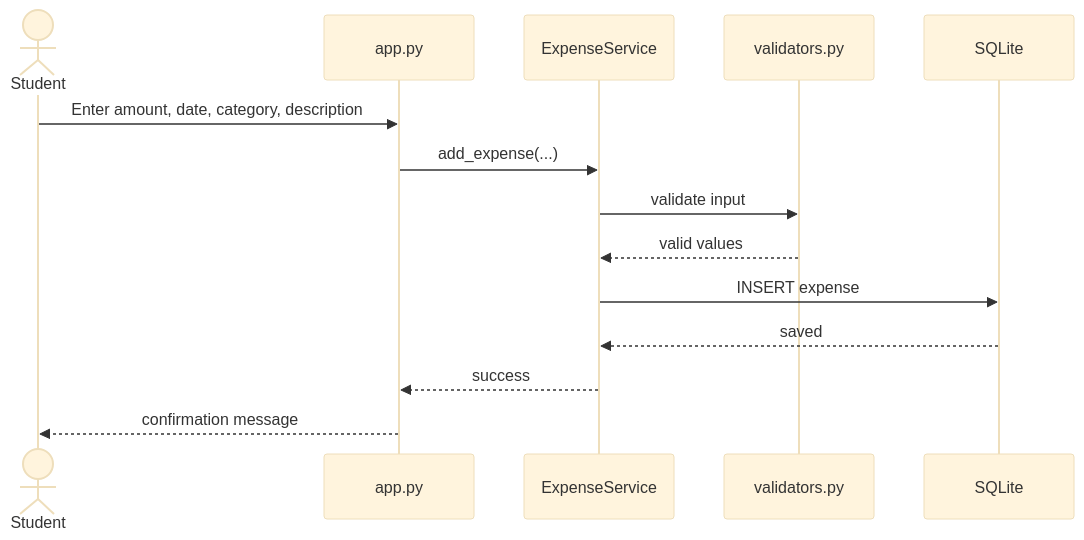
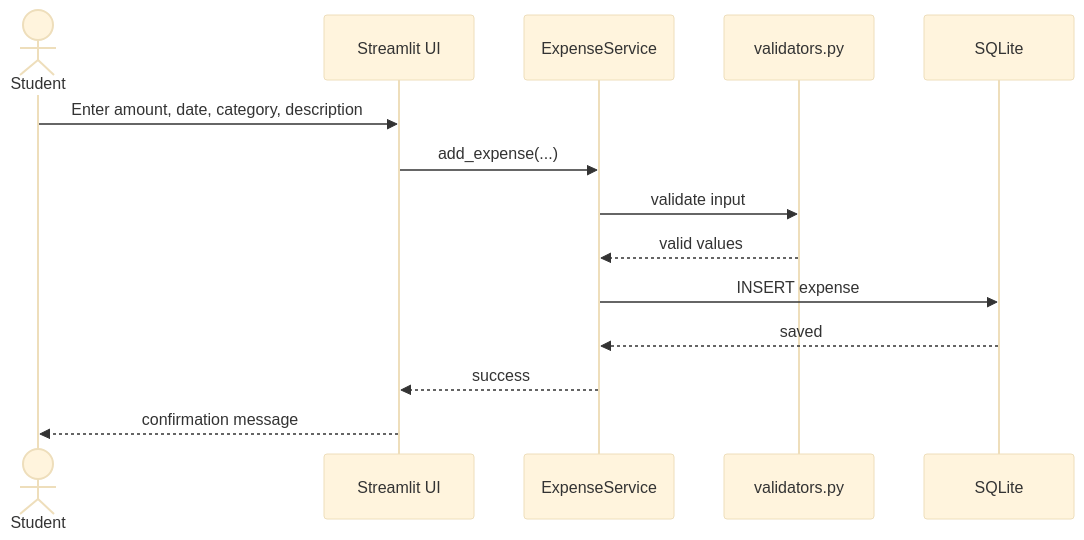
The fourth of 6 diagrams in docs/project_report.md (Harshita232009/Smart-Expense-Tracker), drawn with Mermaid (base theme) before and after one commit. The commit also changed other lines of this file and 4 other files, not shown here.

````diff
--- a/docs/project_report.md
+++ b/docs/project_report.md
@@ -93,16 +92,16 @@
 ```mermaid
 sequenceDiagram
     actor Student
-    participant App as app.py
+    participant App as Streamlit UI
     participant Service as ExpenseService
     participant Validator as validators.py
     participant DB as SQLite
     Student->>App: Enter amount, date, category, description
     App->>Service: add_expense(...)
     Service->>Validator: validate input
     Validator-->>Service: valid values
     Service->>DB: INSERT expense
     DB-->>Service: saved
     Service-->>App: success
     App-->>Student: confirmation message
 ```
````
